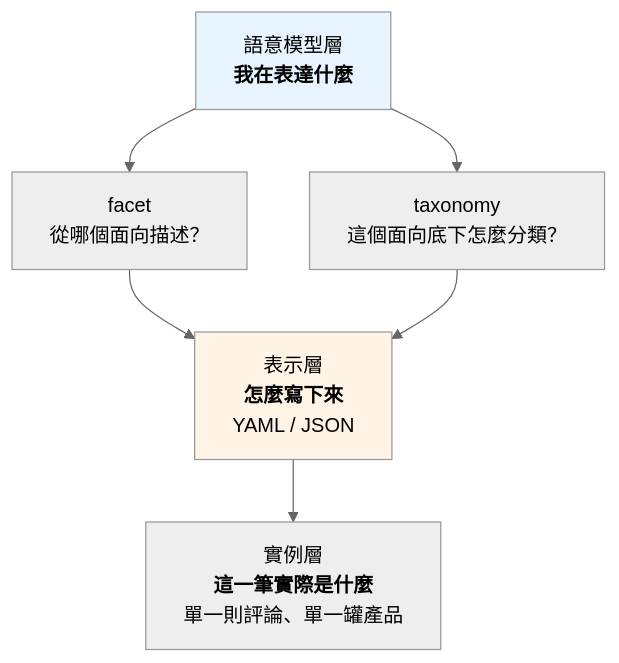
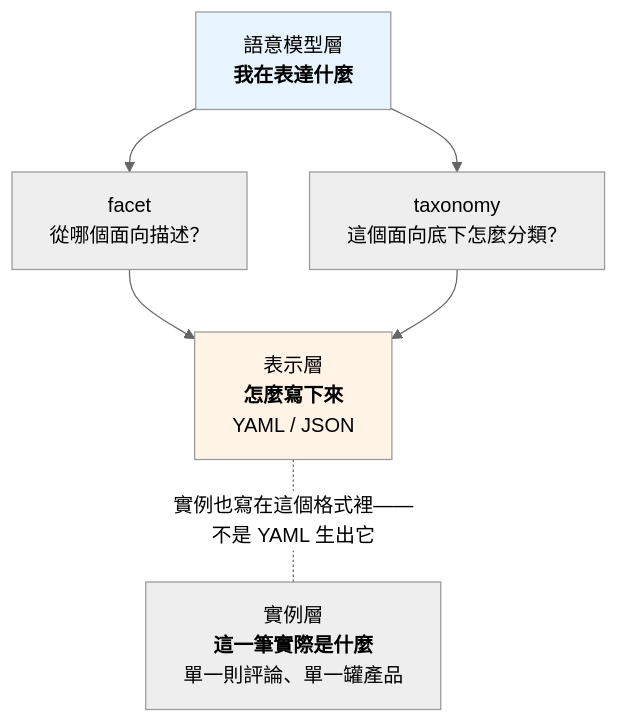
One commit to mapleelpam/LuminNexus-LearningMap changed the first of 3 diagrams in general/semantic-model-before-yaml.md. Above: the diagram before and after it, drawn with Mermaid (neutral theme). The commit also changed other lines of this file, not shown here.

````diff
--- a/general/semantic-model-before-yaml.md
+++ b/general/semantic-model-before-yaml.md
@@ -58,17 +58,17 @@
 ```mermaid
 graph TD
     SM["語意模型層<br/><b>我在表達什麼</b>"]
     F["facet<br/>從哪個面向描述？"]
     T["taxonomy<br/>這個面向底下怎麼分類？"]
     Y["表示層<br/><b>怎麼寫下來</b><br/>YAML / JSON"]
     I["實例層<br/><b>這一筆實際是什麼</b><br/>單一則評論、單一罐產品"]
 
     SM --> F
     SM --> T
     F --> Y
     T --> Y
-    Y --> I
+    Y -. "實例也寫在這個格式裡——不是 YAML 生出它" .- I
 
     style SM fill:#e8f4ff
     style Y fill:#fff4e6
 ```
````
